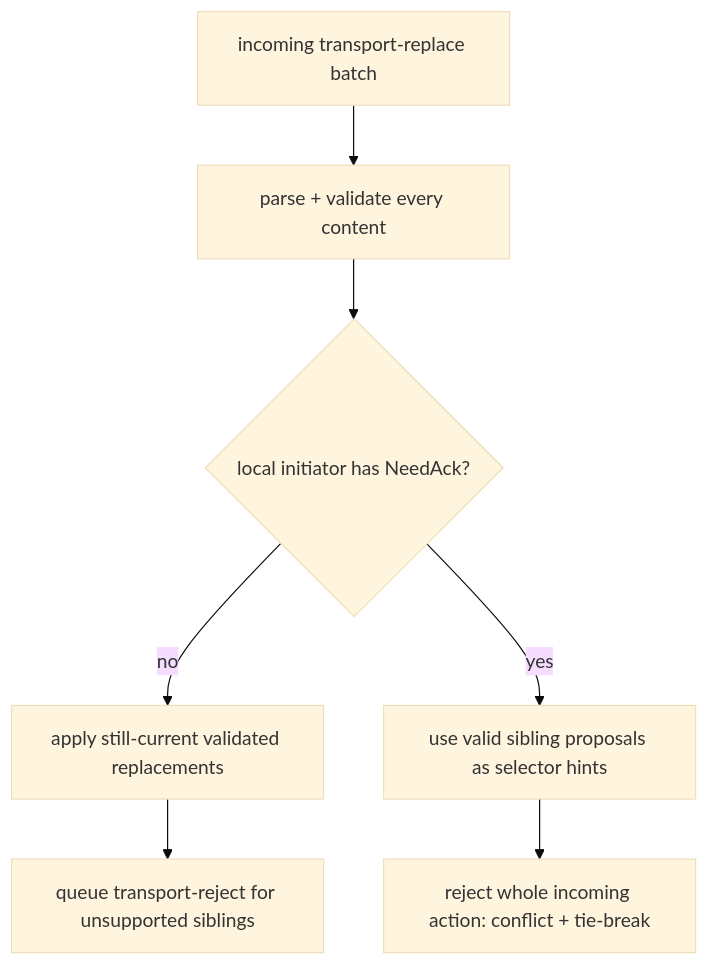
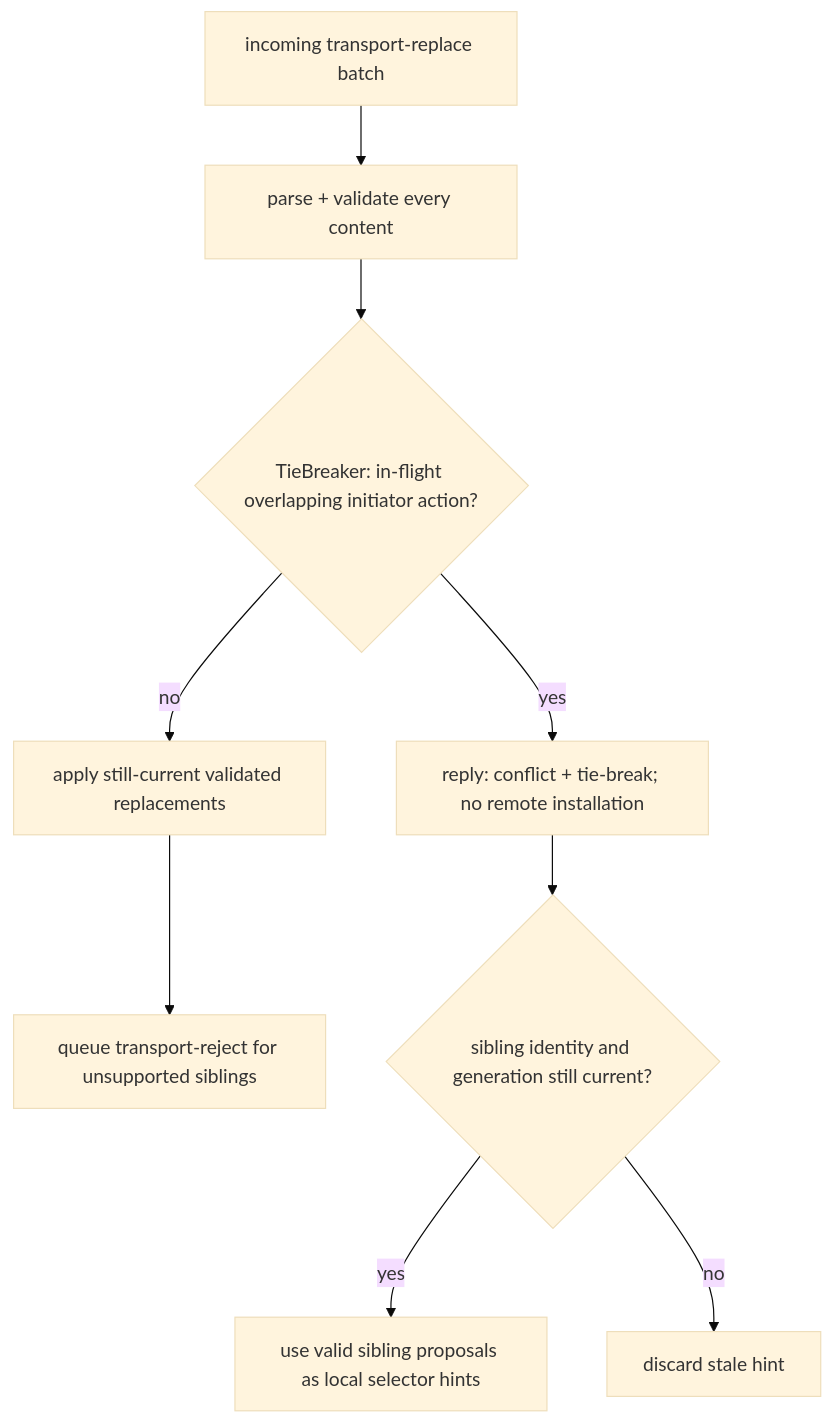
One commit to psi-im/iris changed diagram 11 of 12 in docs/jingle.md. Above: the diagram before and after it, drawn with Mermaid (base theme). The commit also changed other lines of this file and 16 other files, not shown here.

Commit message:
tie-break for transport replace

````diff
--- a/docs/jingle.md
+++ b/docs/jingle.md
@@ -738,9 +757,11 @@
 ```mermaid
 flowchart TD
     Incoming["incoming transport-replace batch"] --> Validate["parse + validate every content"]
-    Validate --> Collision{"local initiator has NeedAck?"}
+    Validate --> Collision{"TieBreaker: in-flight overlapping initiator action?"}
     Collision -->|no| Apply["apply still-current validated replacements"]
     Apply --> RejectUnsupported["queue transport-reject for unsupported siblings"]
-    Collision -->|yes| Hints["use valid sibling proposals as selector hints"]
-    Hints --> Tie["reject whole incoming action: conflict + tie-break"]
+    Collision -->|yes| Tie["reply: conflict + tie-break; no remote installation"]
+    Tie --> Current{"sibling identity and generation still current?"}
+    Current -->|yes| Hints["use valid sibling proposals as local selector hints"]
+    Current -->|no| Discard["discard stale hint"]
 ```
````
